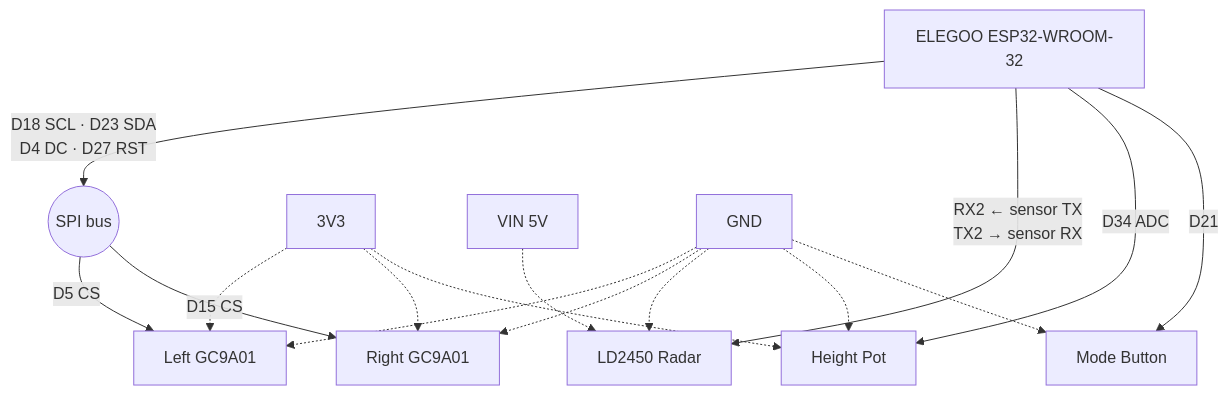
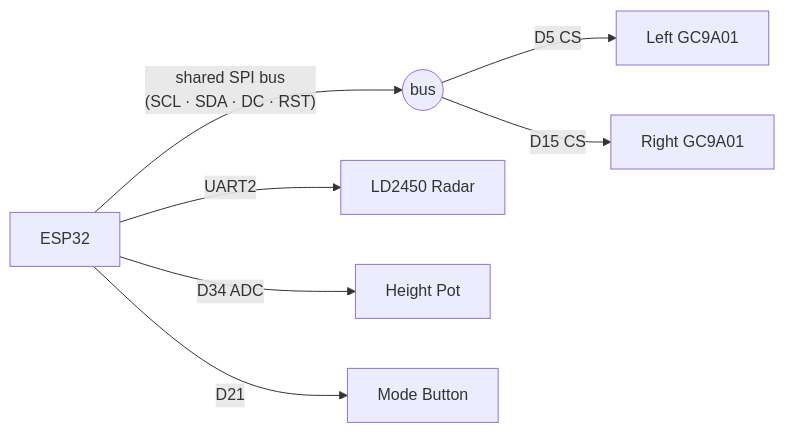
Before and after one commit to IanEngebrecht/EyeN: the diagram in README.md, drawn with Mermaid.

Commit message:
docs: simplify README wiring mermaid diagram
Drop power rail lines and shorten labels to reduce visual clutter.
Power info is already in the prose; the diagram now focuses on
signal topology only.

````diff
--- a/README.md
+++ b/README.md
@@ -36,16 +36,9 @@
 ```mermaid
-graph TD
-    ESP32["ELEGOO ESP32-WROOM-32"]
-
-    ESP32 -->|"D18 SCL · D23 SDA\nD4 DC · D27 RST"| BUS((SPI bus))
+graph LR
+    ESP32["ESP32"] -->|"shared SPI bus\n(SCL · SDA · DC · RST)"| BUS((bus))
     BUS -->|D5 CS| LEFT[Left GC9A01]
     BUS -->|D15 CS| RIGHT[Right GC9A01]
-
-    ESP32 -->|"RX2 ← sensor TX\nTX2 → sensor RX"| RADAR[LD2450 Radar]
+    ESP32 -->|UART2| RADAR[LD2450 Radar]
     ESP32 -->|D34 ADC| POT[Height Pot]
     ESP32 -->|D21| BTN[Mode Button]
-
-    V33[3V3] -.-> LEFT & RIGHT & POT
-    VIN[VIN 5V] -.-> RADAR
-    GND -.-> LEFT & RIGHT & RADAR & POT & BTN
 ```
````
